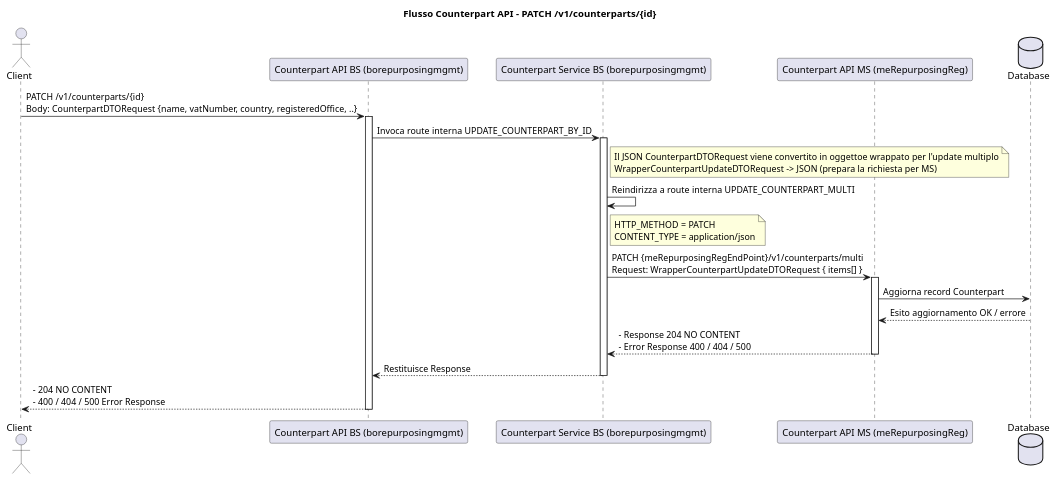
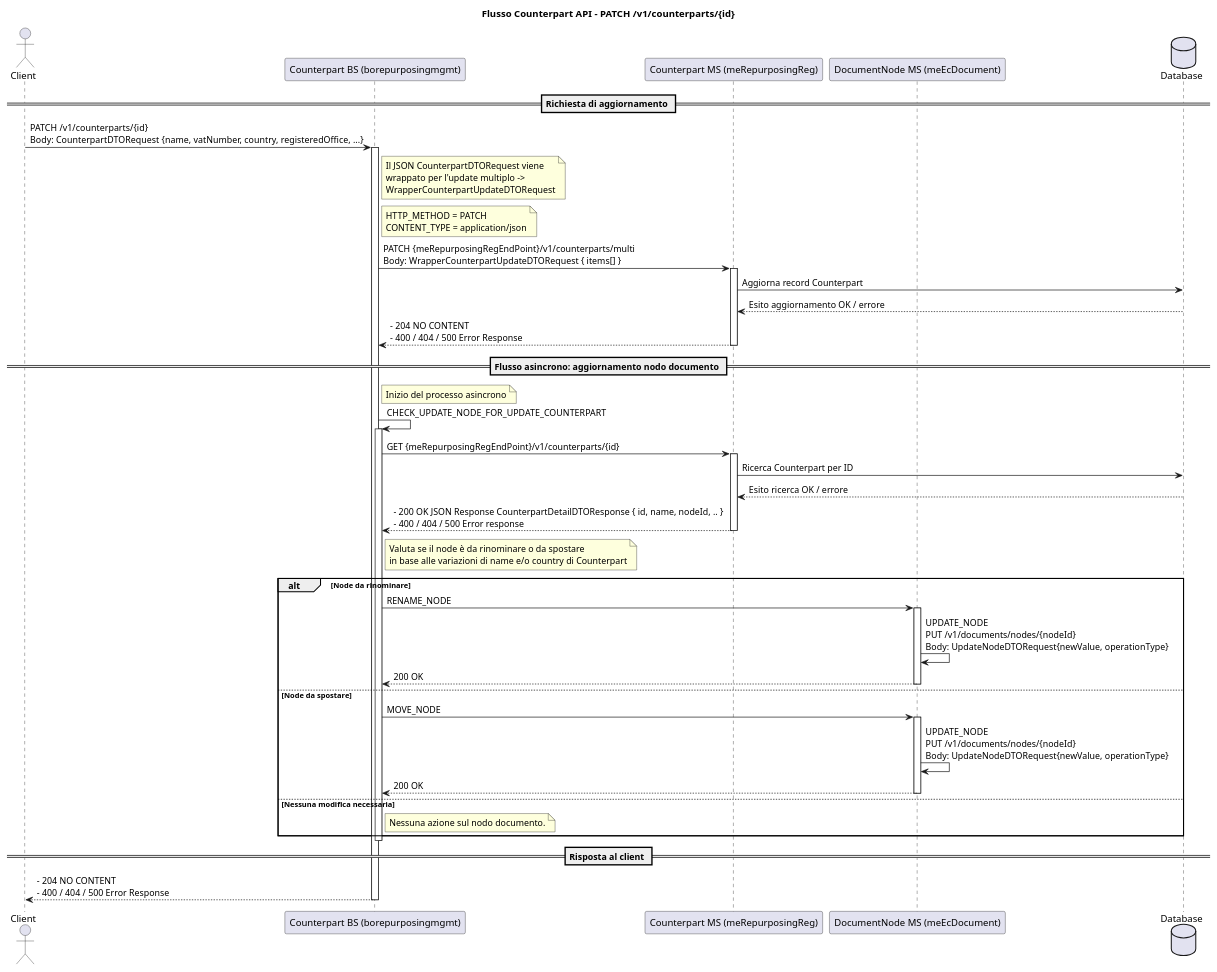
One commit to Tonio-D-San/MdToOther changed the diagram in Documentazione/Counterpart/snippets/patch_v1_counterparts_id.puml. Above: the diagram before and after it, drawn with PlantUML. The commit also changed 10 other files, not shown here.

Commit message:
refactor: update documentation for Counterpart and Plant APIs to reflect microservice architecture changes

```diff
--- a/Documentazione/Counterpart/snippets/patch_v1_counterparts_id.puml
+++ b/Documentazione/Counterpart/snippets/patch_v1_counterparts_id.puml
@@ -1,43 +1,76 @@
 @startuml
 title Flusso Counterpart API - PATCH /v1/counterparts/{id}
 
 actor Client as C
-participant "Counterpart API BS (borepurposingmgmt)" as API_BS
-participant "Counterpart Service BS (borepurposingmgmt)" as Service_BS
-participant "Counterpart API MS (meRepurposingReg)" as API_MS
+participant "Counterpart BS (borepurposingmgmt)" as BS
+participant "Counterpart MS (meRepurposingReg)" as MS
+participant "DocumentNode MS (meEcDocument)" as DMS
 database "Database" as DB
 
-C -> API_BS : PATCH /v1/counterparts/{id}\nBody: CounterpartDTORequest {name, vatNumber, country, registeredOffice, ..}
-activate API_BS
+== Richiesta di aggiornamento ==
+C -> BS : PATCH /v1/counterparts/{id}\nBody: CounterpartDTORequest {name, vatNumber, country, registeredOffice, ...}
+activate BS
 
-API_BS -> Service_BS : Invoca route interna UPDATE_COUNTERPART_BY_ID
-activate Service_BS
-
-note right of Service_BS
-Il JSON CounterpartDTORequest viene convertito in oggettoe wrappato per l'update multiplo
-WrapperCounterpartUpdateDTORequest -> JSON (prepara la richiesta per MS)
+note right of BS
+Il JSON CounterpartDTORequest viene
+wrappato per l'update multiplo ->
+WrapperCounterpartUpdateDTORequest
 end note
 
-Service_BS -> Service_BS : Reindirizza a route interna UPDATE_COUNTERPART_MULTI
-
-note right of Service_BS
+note right of BS
 HTTP_METHOD = PATCH
 CONTENT_TYPE = application/json
-end note 
+end note
 
-Service_BS -> API_MS : PATCH {meRepurposingRegEndPoint}/v1/counterparts/multi\nRequest: WrapperCounterpartUpdateDTORequest { items[] }
-activate API_MS
+BS -> MS : PATCH {meRepurposingRegEndPoint}/v1/counterparts/multi\nBody: WrapperCounterpartUpdateDTORequest { items[] }
+activate MS
 
-API_MS -> DB : Aggiorna record Counterpart
-DB --> API_MS : Esito aggiornamento OK / errore
+MS -> DB : Aggiorna record Counterpart
+DB --> MS : Esito aggiornamento OK / errore
+MS --> BS : - 204 NO CONTENT \n- 400 / 404 / 500 Error Response
+deactivate MS
 
-API_MS --> Service_BS : - Response 204 NO CONTENT \n- Error Response 400 / 404 / 500
-deactivate API_MS
+== Flusso asincrono: aggiornamento nodo documento ==
+note right of BS
+Inizio del processo asincrono
+end note
 
-Service_BS --> API_BS : Restituisce Response
-deactivate Service_BS
+BS -> BS : CHECK_UPDATE_NODE_FOR_UPDATE_COUNTERPART
+activate BS
 
-API_BS --> C : - 204 NO CONTENT \n- 400 / 404 / 500 Error Response
-deactivate API_BS
+BS -> MS : GET {meRepurposingRegEndPoint}/v1/counterparts/{id}
+activate MS
+MS -> DB : Ricerca Counterpart per ID
+DB --> MS : Esito ricerca OK / errore
+MS --> BS : - 200 OK JSON Response CounterpartDetailDTOResponse { id, name, nodeId, .. } \n- 400 / 404 / 500 Error response
+deactivate MS
+
+note right of BS
+Valuta se il node è da rinominare o da spostare
+in base alle variazioni di name e/o country di Counterpart
+end note
+alt Node da rinominare
+    BS -> DMS : RENAME_NODE
+    activate DMS
+    DMS -> DMS : UPDATE_NODE \nPUT /v1/documents/nodes/{nodeId}\nBody: UpdateNodeDTORequest{newValue, operationType}
+    DMS --> BS : 200 OK
+    deactivate DMS
+else Node da spostare
+    BS -> DMS : MOVE_NODE
+    activate DMS
+    DMS -> DMS : UPDATE_NODE \nPUT /v1/documents/nodes/{nodeId}\nBody: UpdateNodeDTORequest{newValue, operationType}
+    DMS --> BS : 200 OK
+    deactivate DMS
+else Nessuna modifica necessaria
+    note right of BS
+    Nessuna azione sul nodo documento.
+    end note
+end
+
+deactivate BS
+
+== Risposta al client ==
+BS --> C : - 204 NO CONTENT \n- 400 / 404 / 500 Error Response
+deactivate BS
 
 @enduml
```
